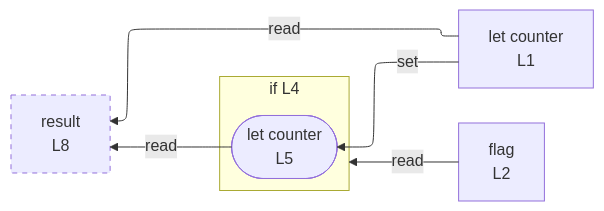
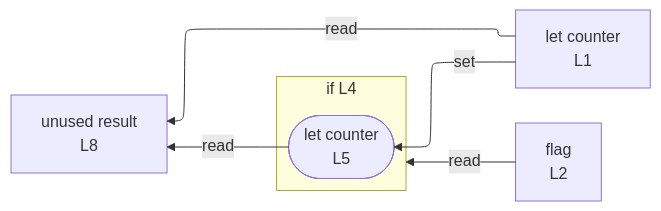
Before and after one commit to crescware/unsnarl: the diagram in integration/fixtures/control-if-only/preview.md, drawn with Mermaid. The commit also changed 75 other files, not shown here.

````diff
--- a/integration/fixtures/control-if-only/preview.md
+++ b/integration/fixtures/control-if-only/preview.md
@@ -18,17 +18,15 @@
 ```mermaid
 %%{init: {"flowchart": {"defaultRenderer": "elk"}}}%%
 flowchart RL
   n_scope_0_counter_4["let counter<br/>L1"]
   n_scope_0_flag_23["flag<br/>L2"]
-  n_scope_0_result_73["result<br/>L8"]
+  n_scope_0_result_73["unused result<br/>L8"]
   subgraph s_scope_1["if L4"]
     direction RL
     wr_ref_1(["let counter<br/>L5"])
   end
   n_scope_0_counter_4 -->|set| wr_ref_1
   n_scope_0_flag_23 -->|read| s_scope_1
   wr_ref_1 -->|read| n_scope_0_result_73
   n_scope_0_counter_4 -->|read| n_scope_0_result_73
-  classDef unused stroke-dasharray: 5 5;
-  class n_scope_0_result_73 unused;
 ```
````
